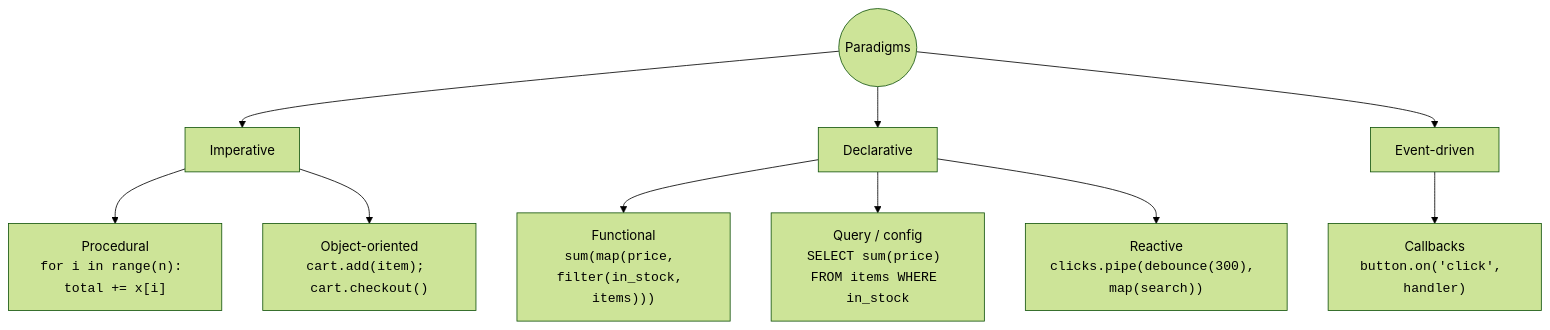
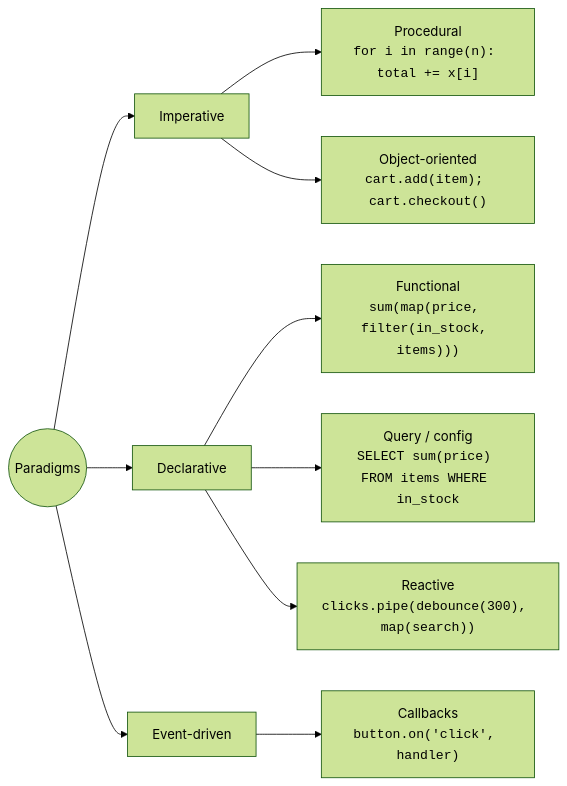
Before and after one commit to Charikshith/Guide: the first of 2 diagrams in volumes/volume-1-cs-foundations/ch14-programming-paradigms.md, drawn with Mermaid (forest theme). The commit also changed 64 other files, not shown here.

Commit message:
Guide: fit wide diagrams on the page (grow into the free right margin, smaller minimum scale), redraw 33 long flowcharts in the other direction, tighten five wide sequence diagrams

````diff
--- a/volumes/volume-1-cs-foundations/ch14-programming-paradigms.md
+++ b/volumes/volume-1-cs-foundations/ch14-programming-paradigms.md
@@ -55,12 +55,12 @@
 ```mermaid
-flowchart TD
+flowchart LR
     P((Paradigms)) --> IMP[Imperative]
     P --> DEC[Declarative]
     P --> EVT[Event-driven]
     IMP --> PROC["Procedural<br/><code>for i in range(n): total += x[i]</code>"]
     IMP --> OO["Object-oriented<br/><code>cart.add(item); cart.checkout()</code>"]
     DEC --> FN["Functional<br/><code>sum(map(price, filter(in_stock, items)))</code>"]
     DEC --> Q["Query / config<br/><code>SELECT sum(price) FROM items WHERE in_stock</code>"]
     DEC --> RX["Reactive<br/><code>clicks.pipe(debounce(300), map(search))</code>"]
     EVT --> CB["Callbacks<br/><code>button.on('click', handler)</code>"]
 ```
````
